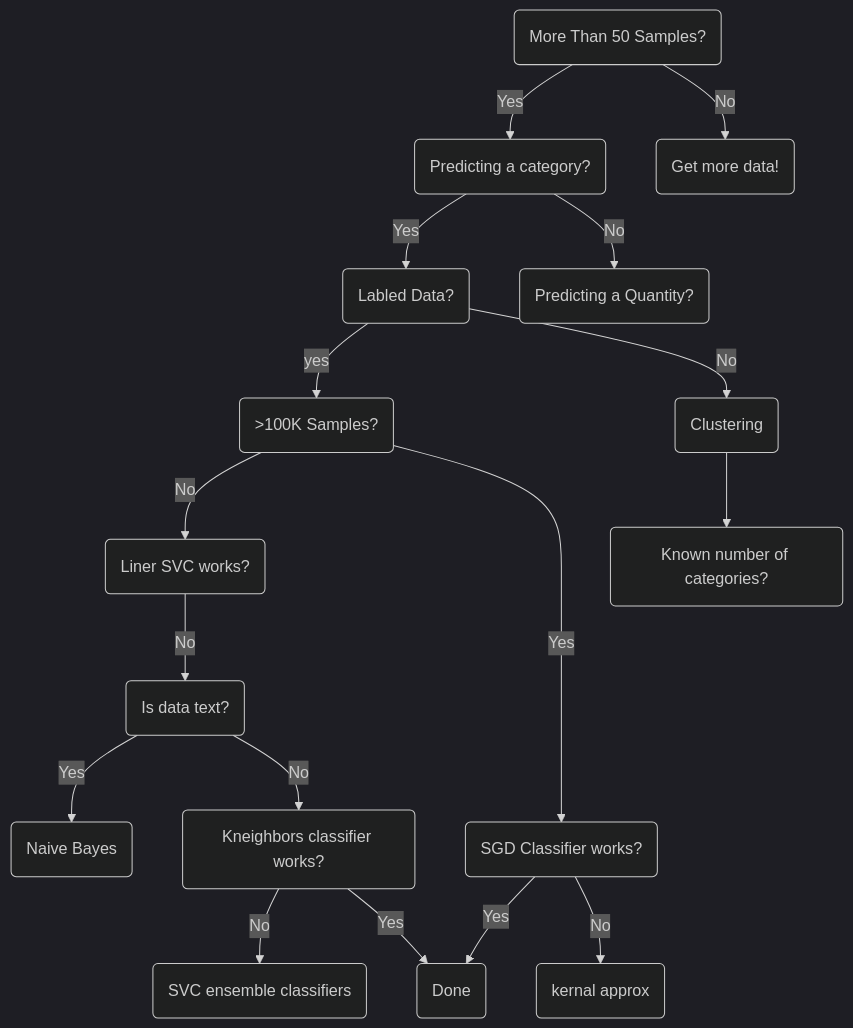
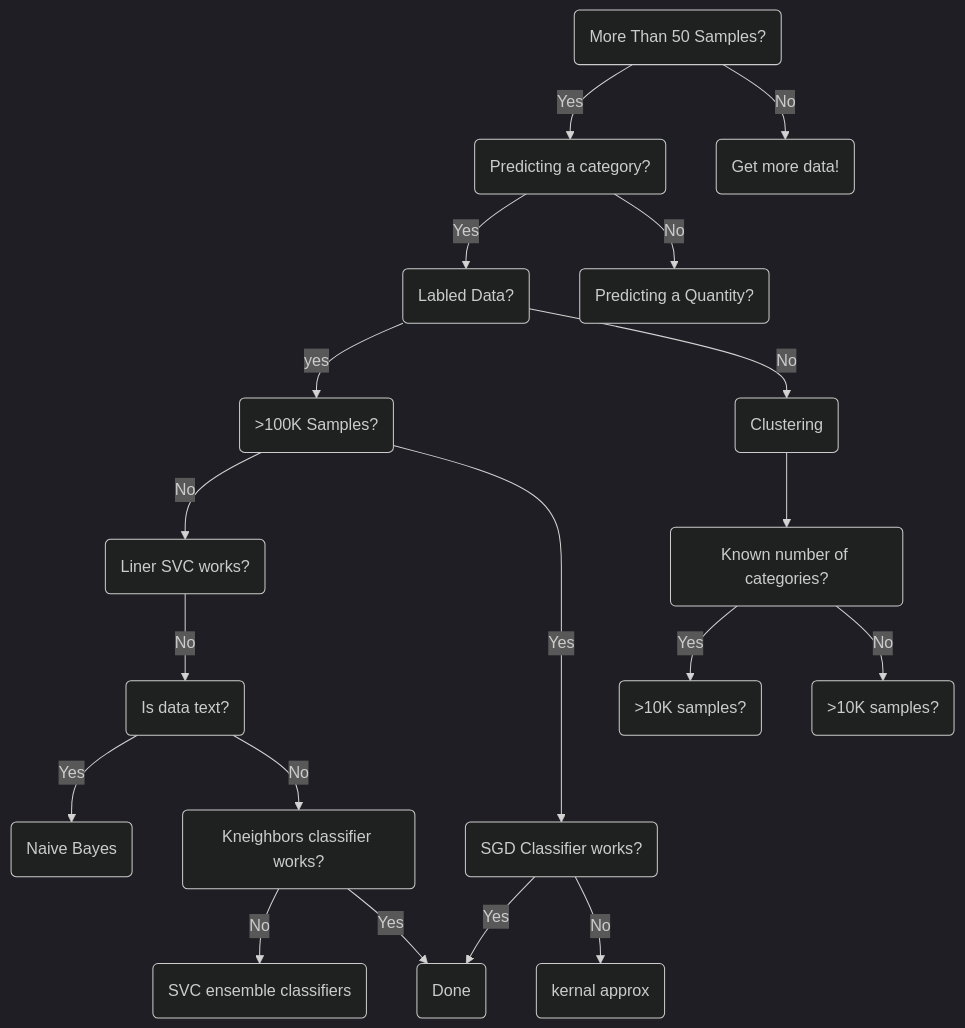
The diagram in ML_Cheatsheet.md (hwetsman/Public_Notes), drawn with Mermaid (dark theme) before and after one commit.

````diff
--- a/ML_Cheatsheet.md
+++ b/ML_Cheatsheet.md
@@ -1,39 +1,43 @@
 ```mermaid
 flowchart TD
 id1(More Than 50 Samples?)
   id2(Predicting a category?)
     id1-->|Yes|id2
     id4(Labled Data?)
       id2-->|Yes|id4
       id6(>100K Samples?)
         id4-->|yes|id6
         id14(Clustering)
         id15(Known number of categories?)
+          id16(>10K samples?)
+          id17(>10K samples?)
+          id15-->|Yes|id16
+          id15-->|No|id17
         id14-->id15
         id4-->|No|id14
         id7(Liner SVC works?)
         id6-->|No|id7
         id8(SGD Classifier works?)
           id8-->|Yes|id99
           id13(kernal approx)
           id8-->|No|id13
         id6-->|Yes|id8
           id9(Is data text?)
           id7-->|No|id9
             id10(Naive Bayes)
             id9-->|Yes|id10
             id11(Kneighbors classifier works?)
             id9-->|No|id11
               id12(SVC ensemble classifiers)
               id11-->|No|id12
               id99(Done)
               id11-->|Yes|id99
     id5(Predicting a Quantity?)
       id2-->|No|id5
 
 
   id3(Get more data!)
     id1-->|No|id3
   
   
 ```
````
